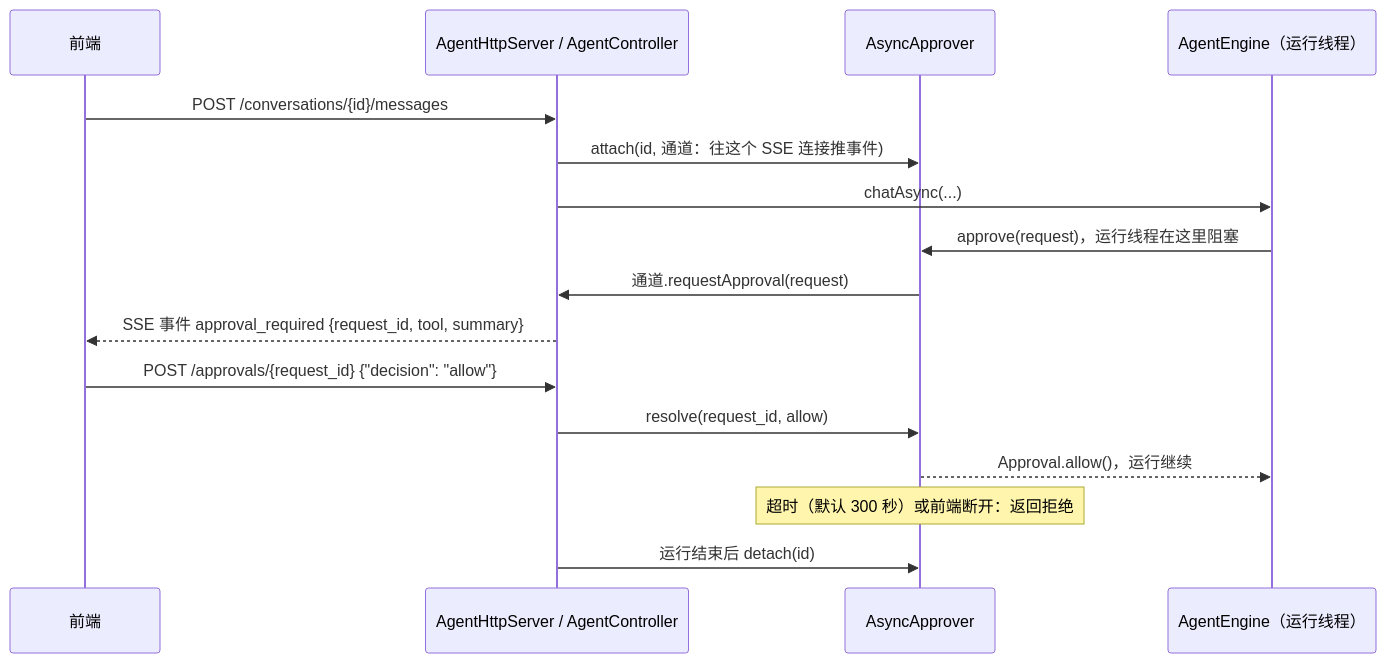
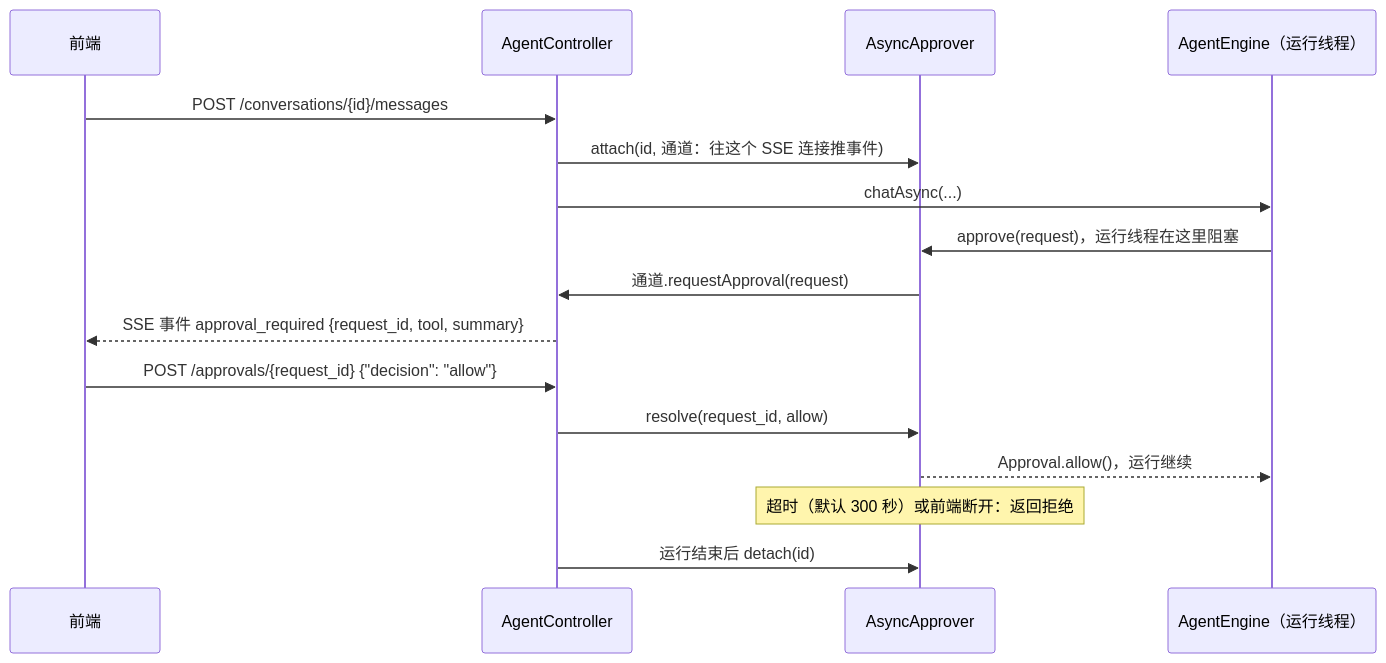
Before and after one commit to stackJx/agent-java: the third of 5 diagrams in docs/04-tools-and-permissions.md, drawn with Mermaid. The commit also changed other lines of this file and 40 other files, not shown here.

````diff
--- a/docs/04-tools-and-permissions.md
+++ b/docs/04-tools-and-permissions.md
@@ -116,19 +117,19 @@
 ```mermaid
 sequenceDiagram
     participant FE as 前端
-    participant HTTP as AgentHttpServer / AgentController
+    participant HTTP as AgentController
     participant AA as AsyncApprover
     participant Eng as AgentEngine（运行线程）
 
     FE->>HTTP: POST /conversations/{id}/messages
     HTTP->>AA: attach(id, 通道：往这个 SSE 连接推事件)
     HTTP->>Eng: chatAsync(...)
     Eng->>AA: approve(request)，运行线程在这里阻塞
     AA->>HTTP: 通道.requestApproval(request)
     HTTP-->>FE: SSE 事件 approval_required {request_id, tool, summary}
     FE->>HTTP: POST /approvals/{request_id} {"decision": "allow"}
     HTTP->>AA: resolve(request_id, allow)
     AA-->>Eng: Approval.allow()，运行继续
     Note over AA: 超时（默认 300 秒）或前端断开：返回拒绝
     HTTP->>AA: 运行结束后 detach(id)
 ```
````
